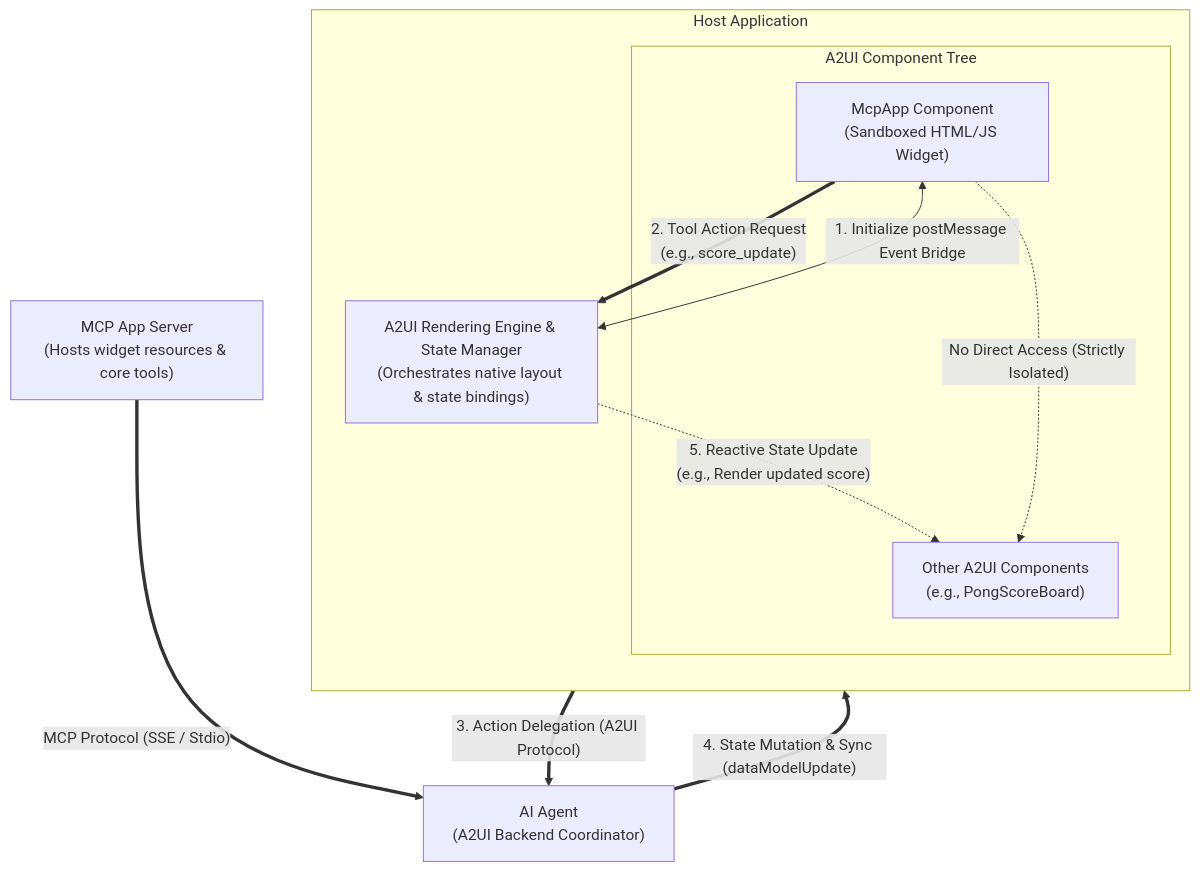
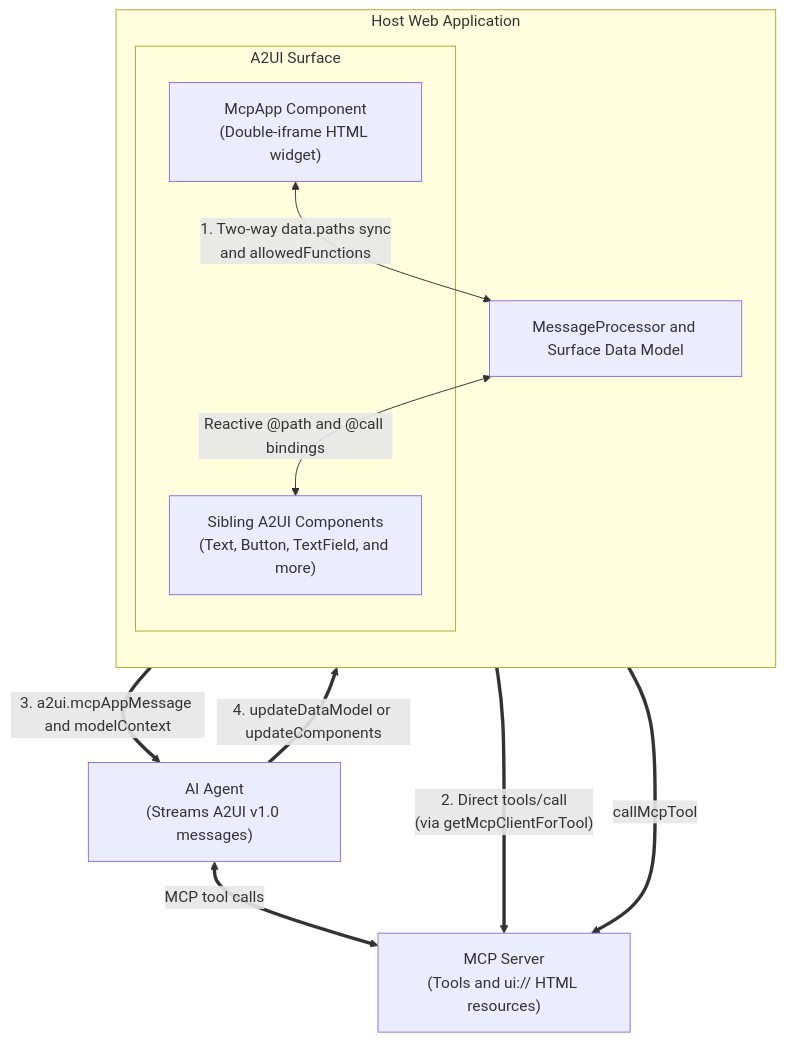
The second of 2 diagrams in docs/public/guides/mcp-apps-in-a2ui.md (a2ui-project/a2ui), drawn with Mermaid before and after one commit. The commit also changed other lines of this file and 3 other files, not shown here.

````diff
--- a/docs/public/guides/mcp-apps-in-a2ui.md
+++ b/docs/public/guides/mcp-apps-in-a2ui.md
@@ -53,33 +55,24 @@
 ```mermaid
-graph TD
-    %% 1. Top Tier (Strict vertical hierarchy)
-    MCPServer["MCP App Server<br/>(Hosts widget resources & core tools)"]
+flowchart TD
+    MCPServer["MCP Server<br/>(Tools and ui:// HTML resources)"]
+    Agent["AI Agent<br/>(Streams A2UI v1.0 messages)"]
 
-    %% 2. Middle-Top Tier
-    Agent["AI Agent<br/>(A2UI Backend Coordinator)"]
+    subgraph HostApp ["Host Web Application"]
+        direction TB
+        Processor["MessageProcessor and Surface Data Model"]
 
-    %% 3. Subgraph for Host layout tree (Bottom Tier)
-    subgraph HostApp ["Host Application"]
-        direction TB
-        Shell["A2UI Rendering Engine & State Manager<br/>(Orchestrates native layout & state bindings)"]
-
-        subgraph LayoutTree ["A2UI Component Tree"]
-            McpComponent["McpApp Component<br/>(Sandboxed HTML/JS Widget)"]
-            SiblingComponent["Other A2UI Components<br/>(e.g., PongScoreBoard)"]
+        subgraph SurfaceTree ["A2UI Surface"]
+            McpComponent["McpApp Component<br/>(Double-iframe HTML widget)"]
+            Siblings["Sibling A2UI Components<br/>(Text, Button, TextField, and more)"]
         end
 
-        Shell <-->|"1. Initialize postMessage Event Bridge"| McpComponent
-        Shell -.->|"5. Reactive State Update<br/>(e.g., Render updated score)"| SiblingComponent
+        McpComponent <-->|"1. Two-way data.paths sync<br/>and allowedFunctions"| Processor
+        Processor <-->|"Reactive @path and @call bindings"| Siblings
     end
 
-    %% Vertical Channel connecting Top to Middle-Top
-    MCPServer ==>|"MCP Protocol (SSE / Stdio)"| Agent
-
-    %% Unidirectional Data Cycle (Flowing vertically through the center)
-    McpComponent ==>|"2. Tool Action Request<br/>(e.g., score_update)"| Shell
-    Shell ==>|"3. Action Delegation (A2UI Protocol)"| Agent
-    Agent ==>|"4. State Mutation & Sync (dataModelUpdate)"| Shell
-
-    %% Style Sibling Relationship
-    McpComponent -.->|"No Direct Access (Strictly Isolated)"| SiblingComponent
+    McpComponent ==>|"2. Direct tools/call<br/>(via getMcpClientForTool)"| MCPServer
+    Siblings ==>|"callMcpTool"| MCPServer
+    Processor ==>|"3. a2ui.mcpAppMessage and modelContext"| Agent
+    Agent <==>|"MCP tool calls"| MCPServer
+    Agent ==>|"4. updateDataModel or updateComponents"| Processor
 ```
````
